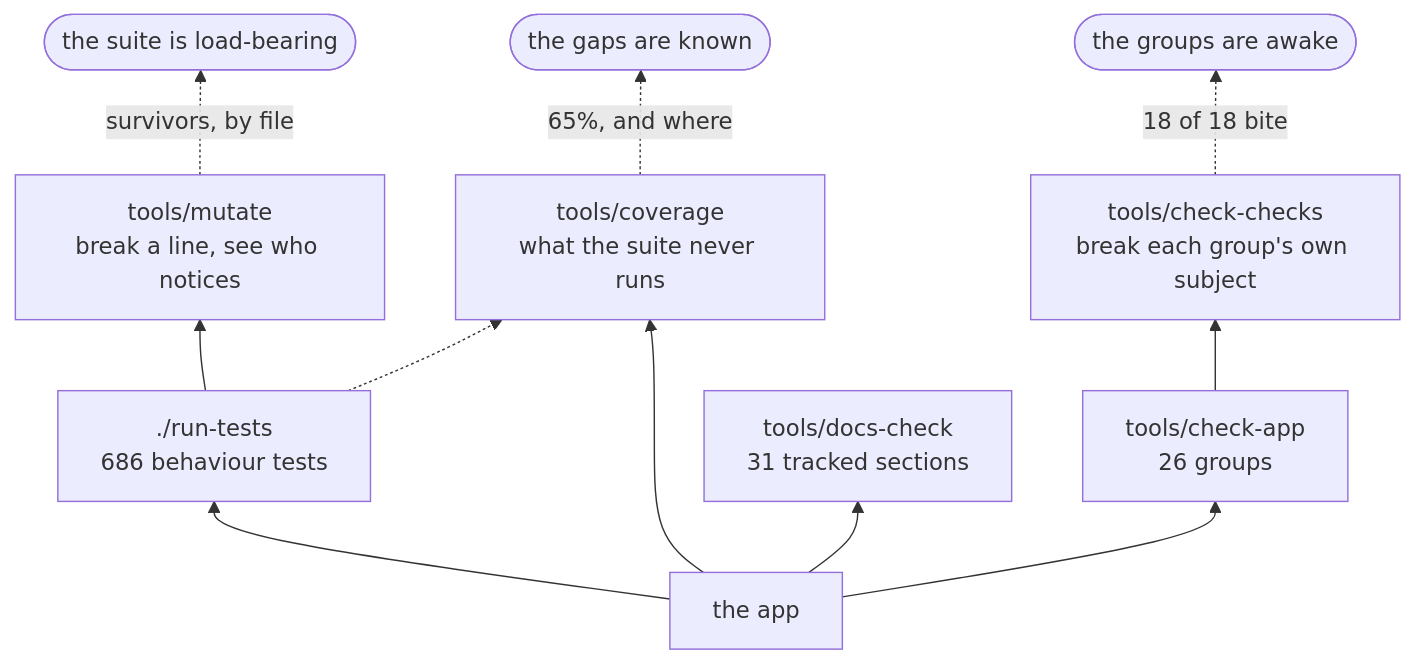
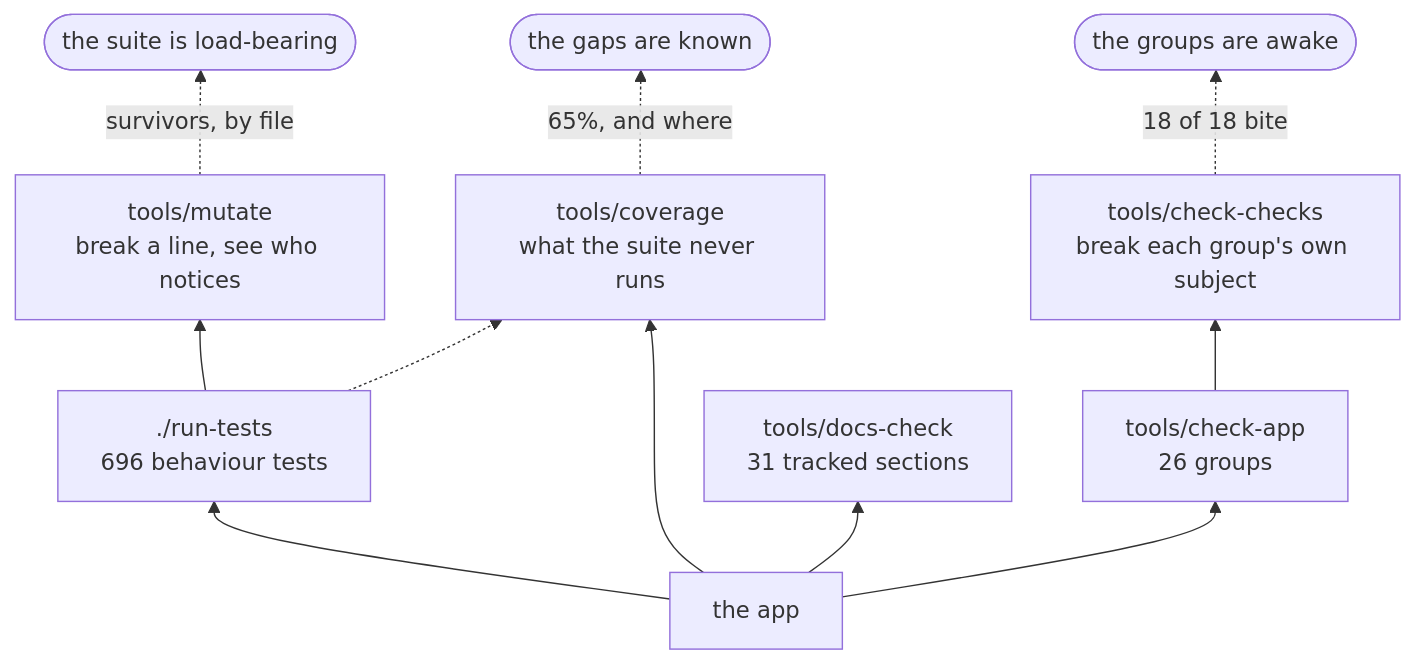
One commit to minormending/crystal-pilot-mobile changed the second of 2 diagrams in docs/DEVELOPING.md. Above: the diagram before and after it, drawn with Mermaid. The commit also changed other lines of this file and 8 other files, not shown here.

````diff
--- a/docs/DEVELOPING.md
+++ b/docs/DEVELOPING.md
@@ -127,13 +127,13 @@
 ```mermaid
 flowchart BT
-    C["the app"] --> T["./run-tests<br/>686 behaviour tests"]
+    C["the app"] --> T["./run-tests<br/>696 behaviour tests"]
     C --> A["tools/check-app<br/>26 groups"]
     C --> D["tools/docs-check<br/>31 tracked sections"]
     C --> V["tools/coverage<br/>what the suite never runs"]
     T --> M["tools/mutate<br/>break a line, see who notices"]
     A --> K["tools/check-checks<br/>break each group's own subject"]
     T -.-> V
     M -.->|"survivors, by file"| R(["the suite is load-bearing"])
     K -.->|"18 of 18 bite"| R2(["the groups are awake"])
     V -.->|"65%, and where"| R3(["the gaps are known"])
 ```
````
